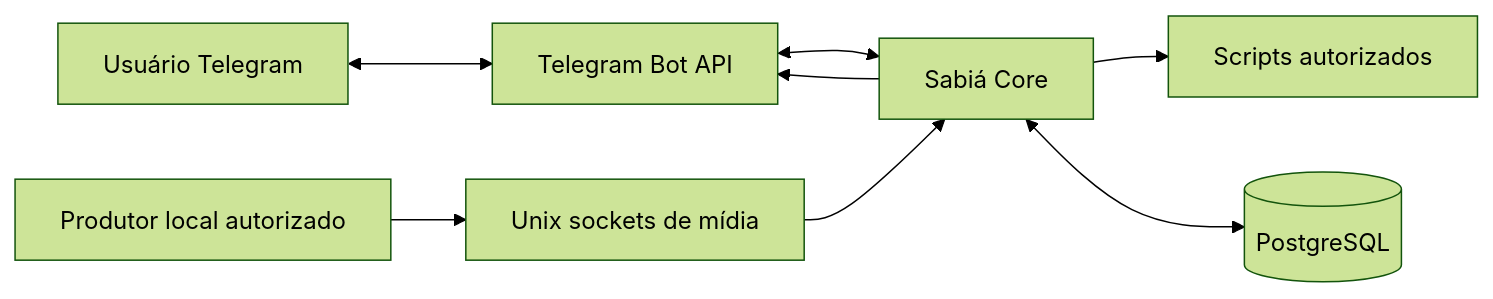
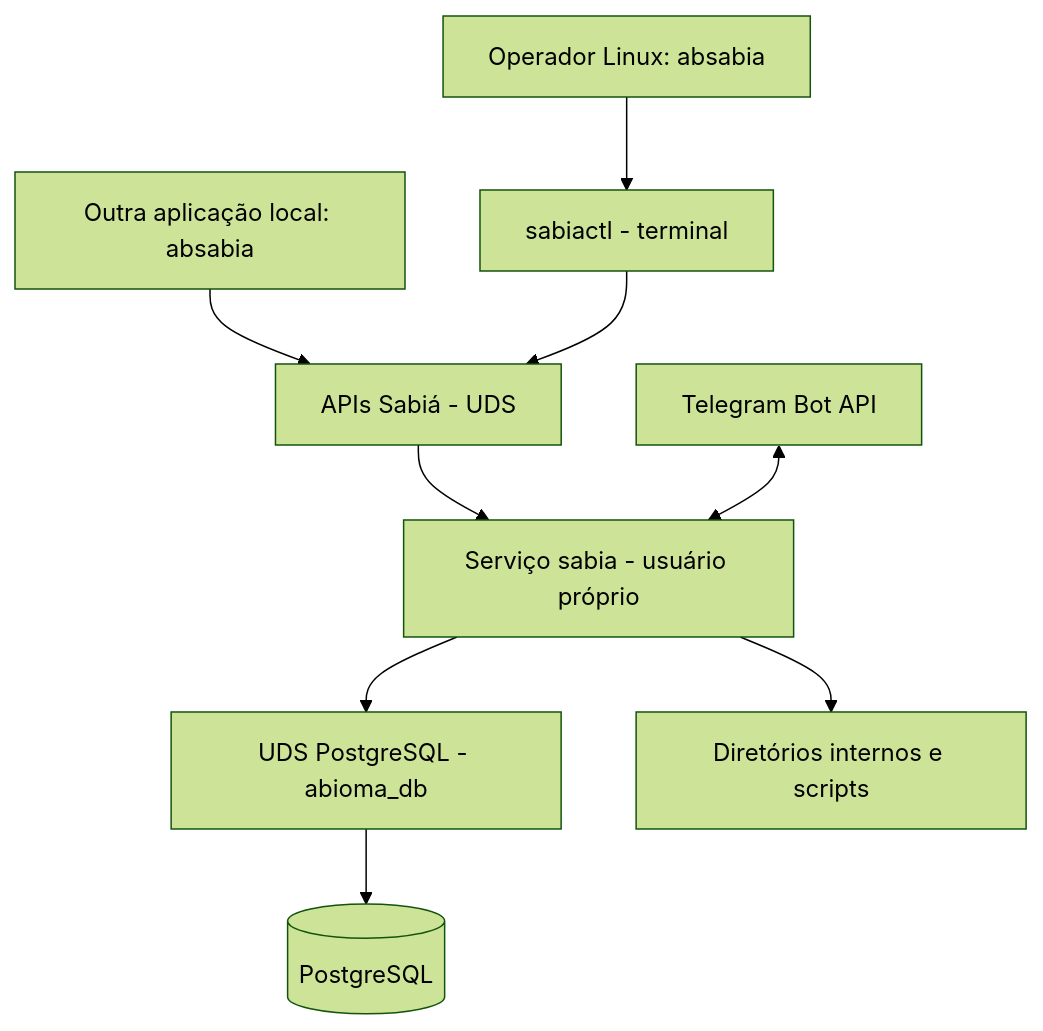
Before and after one commit to ahhvahh/a-bioma-sabia: the diagram in README.md, drawn with Mermaid (forest theme). The commit also changed other lines of this file and 7 other files, not shown here.

Commit message:
docs: add UDS isolation, database access groups and sabiactl design

````diff
--- a/README.md
+++ b/README.md
@@ -33,10 +35,11 @@
 ```mermaid
-flowchart LR
-    U[Usuário Telegram] <--> TG[Telegram Bot API]
-    TG <--> S[Sabiá Core]
-    S --> P[Scripts autorizados]
-    S <--> DB[(PostgreSQL)]
-    L[Produtor local autorizado] --> SOCK[Unix sockets de mídia]
-    SOCK --> S
-    S --> TG
+flowchart TB
+  O[Operador Linux: absabia] --> C[sabiactl - terminal]
+  A[Outra aplicação local: absabia] --> U[APIs Sabiá - UDS]
+  C --> U
+  U --> S[Serviço sabia - usuário próprio]
+  T[Telegram Bot API] <--> S
+  S --> D[UDS PostgreSQL - abioma_db]
+  D --> P[(PostgreSQL)]
+  S --> F[Diretórios internos e scripts]
 ```
````
